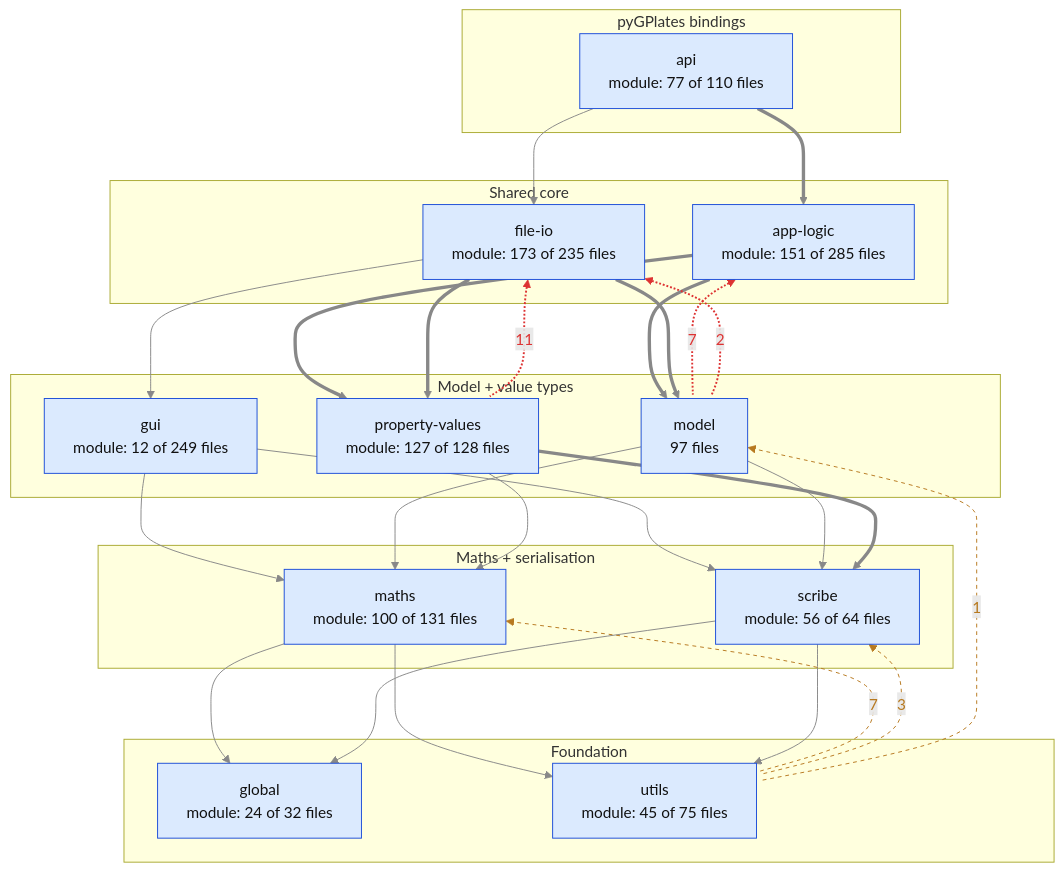
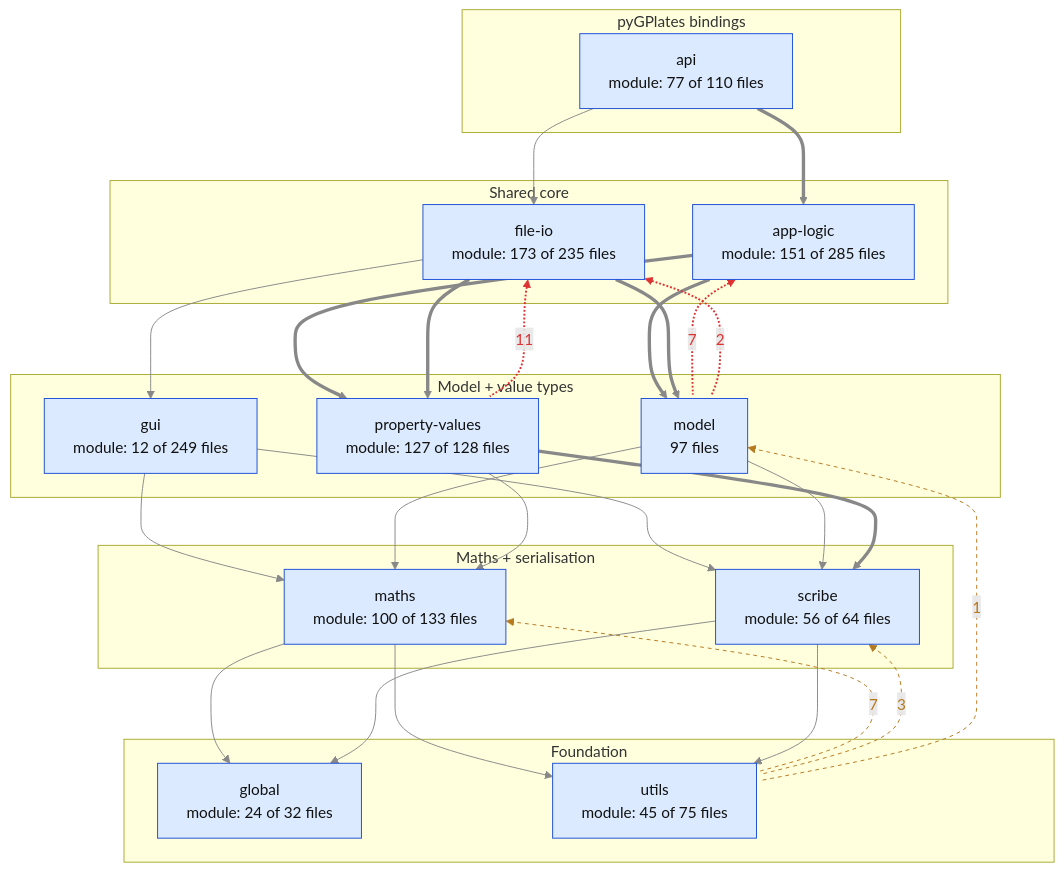
One commit to GPlates/GPlates changed the second of 2 diagrams in docs/design/architecture/dependency-matrix.md. Above: the diagram before and after it, drawn with Mermaid. The commit also changed other lines of this file and 5 other files, not shown here.

````diff
--- a/docs/design/architecture/dependency-matrix.md
+++ b/docs/design/architecture/dependency-matrix.md
@@ -141,51 +141,51 @@
 ```mermaid
 flowchart TD
   subgraph L0 ["Foundation"]
     global["global<br/>module: 24 of 32 files"]:::module
     utils["utils<br/>module: 45 of 75 files"]:::module
   end
   subgraph L1 ["Maths + serialisation"]
-    maths["maths<br/>module: 100 of 131 files"]:::module
+    maths["maths<br/>module: 100 of 133 files"]:::module
     scribe["scribe<br/>module: 56 of 64 files"]:::module
   end
   subgraph L2 ["Model + value types"]
     model["model<br/>97 files"]:::module
     property_values["property-values<br/>module: 127 of 128 files"]:::module
     gui["gui<br/>module: 12 of 249 files"]:::module
   end
   subgraph L3 ["Shared core"]
     file_io["file-io<br/>module: 173 of 235 files"]:::module
     app_logic["app-logic<br/>module: 151 of 285 files"]:::module
   end
   subgraph L4 ["pyGPlates bindings"]
     api["api<br/>module: 77 of 110 files"]:::module
   end
   maths --> global
   maths --> utils
   scribe --> global
   scribe --> utils
   gui --> maths
   gui --> scribe
   model --> maths
   model --> scribe
   property_values --> maths
   property_values ==> scribe
   app_logic ==> model
   app_logic ==> property_values
   file_io --> gui
   file_io ==> model
   file_io ==> property_values
   api ==> app_logic
   api --> file_io
   file_io <-.->|11| property_values
   app_logic <-.->|7| model
   file_io <-.->|2| model
   maths <-.->|7| utils
   scribe <-.->|3| utils
   model <-.->|1| utils
   classDef module fill:#dbeafe,stroke:#1d4ed8,color:#111
   classDef gplates fill:#f3f4f6,stroke:#6b7280,color:#111
   linkStyle 0,1,2,3,4,5,6,7,8,9,10,11,12,13,14,15,16 stroke:#888
   linkStyle 20,21,22 stroke:#b7791f,stroke-dasharray:4 4,color:#b7791f,marker-end:none
   linkStyle 17,18,19 stroke:#d33,stroke-width:2px,color:#d33,marker-end:none
 ```
````
